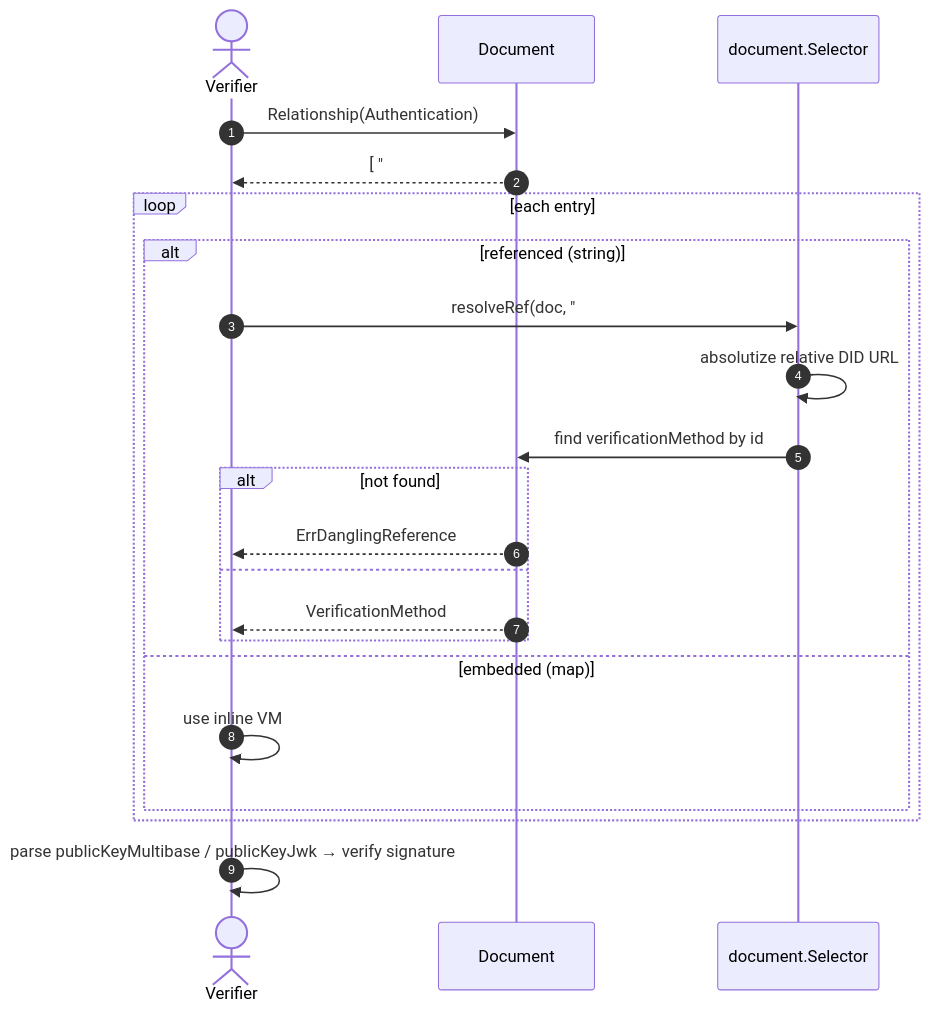
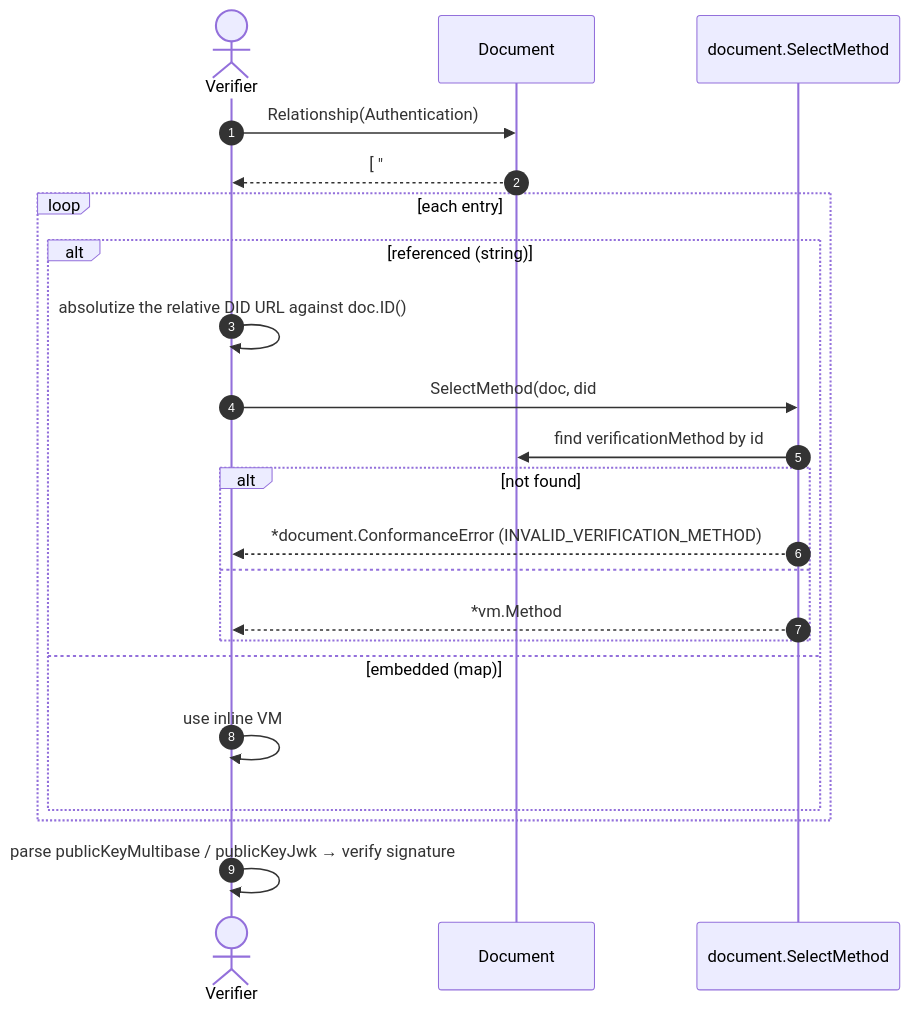
Before and after one commit to SAGE-X-project/did-go: the ninth of 10 diagrams in docs/02-sequence-diagrams.md, drawn with Mermaid. The commit also changed other lines of this file and 16 other files, not shown here.

````diff
--- a/docs/02-sequence-diagrams.md
+++ b/docs/02-sequence-diagrams.md
@@ -287,25 +288,25 @@
 ```mermaid
 sequenceDiagram
     autonumber
     actor V as Verifier
     participant Doc as Document
-    participant Sel as document.Selector
+    participant Sel as document.SelectMethod
 
     V->>Doc: Relationship(Authentication)
     Doc-->>V: [ "#key-1" (ref) | VM(embedded) ]
     loop each entry
         alt referenced (string)
-            V->>Sel: resolveRef(doc, "#key-1")
-            Sel->>Sel: absolutize relative DID URL
+            V->>V: absolutize the relative DID URL against doc.ID()
+            V->>Sel: SelectMethod(doc, did#key-1, vm.Authentication)
             Sel->>Doc: find verificationMethod by id
             alt not found
-                Doc-->>V: ErrDanglingReference
+                Sel-->>V: *document.ConformanceError (INVALID_VERIFICATION_METHOD)
             else
-                Doc-->>V: VerificationMethod
+                Sel-->>V: *vm.Method
             end
         else embedded (map)
             V->>V: use inline VM
         end
     end
     V->>V: parse publicKeyMultibase / publicKeyJwk → verify signature
 ```
````
